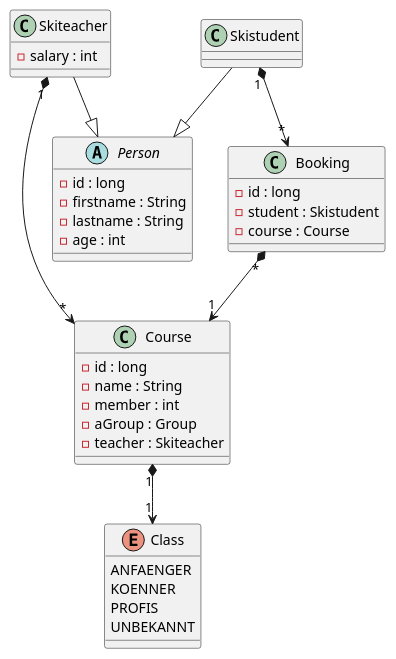
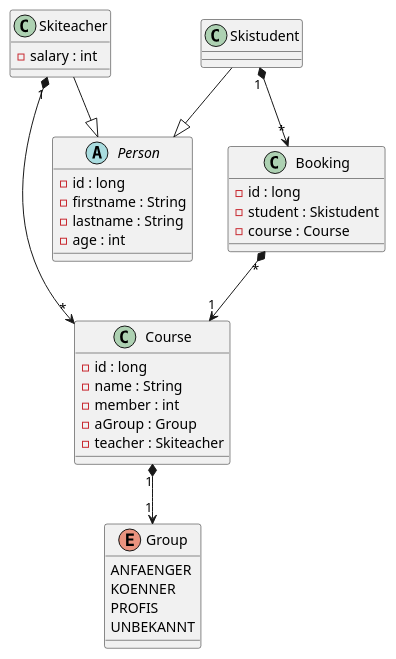
The diagram in asciidocs/plantuml/cld.puml (2122-5ahitm-sew/01-microproject-Primetzvan), drawn with PlantUML before and after one commit.

```diff
--- a/asciidocs/plantuml/cld.puml
+++ b/asciidocs/plantuml/cld.puml
@@ -1,44 +1,44 @@
 @startuml
 
 abstract class Person {
 - id : long
 - firstname : String
 - lastname : String
 - age : int
 }
 
 class Skiteacher {
 - salary : int
 }
 
 class Skistudent{
 }
 
 class Course{
 - id : long
 - name : String
 - member : int
 - aGroup : Group
 - teacher : Skiteacher
 }
 
 class Booking{
 - id : long
 - student : Skistudent
 - course : Course
 }
 
-enum Class {
+enum Group {
 ANFAENGER
 KOENNER
 PROFIS
 UNBEKANNT
 }
 
 Skiteacher "1" *--> "*" Course
 Skistudent "1" *--> "*" Booking
 Booking "*" *--> "1" Course
 Skiteacher --|> Person
 Skistudent --|> Person
-Course "1" *--> "1" Class
+Course "1" *--> "1" Group
 @enduml
```
